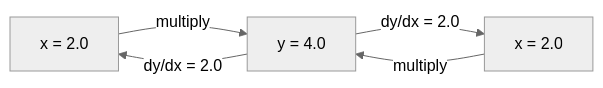
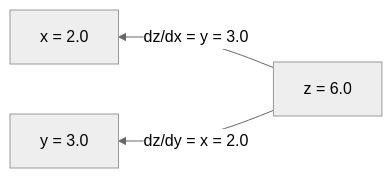
Before and after one commit to evan-wang-13/evan-wang-13.github.io: the third of 3 diagrams in _posts/2024-12-21-MLE.md, drawn with Mermaid (neutral theme). The commit also changed other lines of this file, not shown here.

````diff
--- a/_posts/2024-12-21-MLE.md
+++ b/_posts/2024-12-21-MLE.md
@@ -121,9 +144,5 @@
 ```mermaid
-graph LR
-    x1[x = 2.0] -->|multiply| y[y = 4.0]
-    x2[x = 2.0] -->|multiply| y
-
-    %% Backward pass (gradient flow)
-    y -->|dy/dx = 2.0| x1
-    y -->|dy/dx = 2.0| x2
+graph RL
+    z[z = 6.0] -->|dz/dx = y = 3.0| x[x = 2.0]
+    z -->|dz/dy = x = 2.0| y[y = 3.0]
 ```
````
